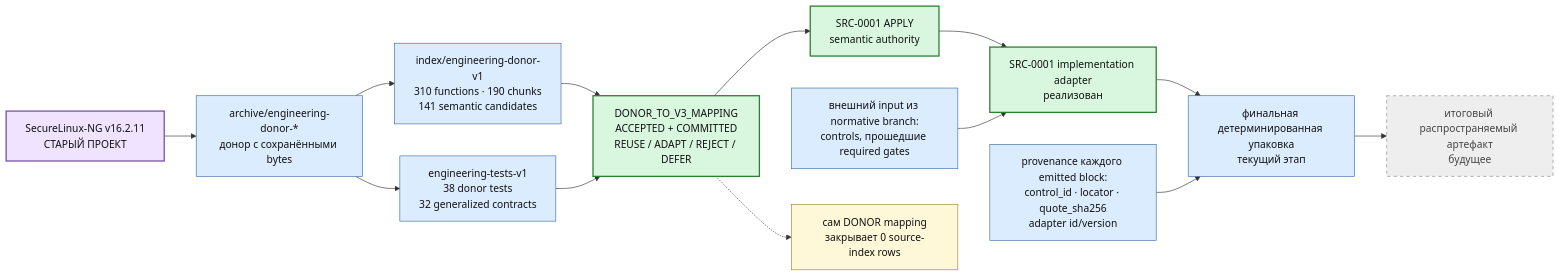
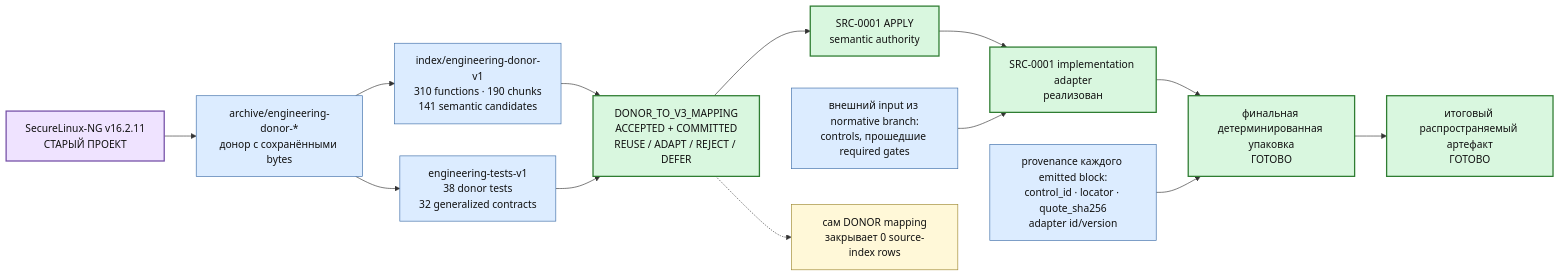
Before and after one commit to rasav65/SecureLinux-Policy: the fourth of 6 diagrams in docs/PROJECT-MAP-v3.md, drawn with Mermaid. The commit also changed other lines of this file and 24 other files, not shown here.

````diff
--- a/docs/PROJECT-MAP-v3.md
+++ b/docs/PROJECT-MAP-v3.md
@@ -243,37 +243,38 @@
 ```mermaid
 flowchart LR
     OLD["SecureLinux-NG v16.2.11<br/>СТАРЫЙ ПРОЕКТ"]:::donor
 
     ARCHIVE["archive/engineering-donor-*<br/>донор с сохранёнными bytes"]:::component
     DONOR_INDEX["index/engineering-donor-v1<br/>310 functions · 190 chunks<br/>141 semantic candidates"]:::component
     DONOR_TESTS["engineering-tests-v1<br/>38 donor tests<br/>32 generalized contracts"]:::component
 
     MAP["DONOR_TO_V3_MAPPING<br/>ACCEPTED + COMMITTED<br/>REUSE / ADAPT / REJECT / DEFER"]:::closed
     APPLY["SRC-0001 APPLY<br/>semantic authority"]:::closed
     ADAPTERS["SRC-0001 implementation adapter<br/>реализован"]:::closed
-    BUILD["финальная детерминированная упаковка<br/>текущий этап"]:::component
-    SCRIPT["итоговый распространяемый артефакт<br/>будущее"]:::future
+    BUILD["финальная детерминированная упаковка<br/>ГОТОВО"]:::closed
+    SCRIPT["итоговый распространяемый артефакт<br/>ГОТОВО"]:::closed
 
     OLD --> ARCHIVE
     ARCHIVE --> DONOR_INDEX
     ARCHIVE --> DONOR_TESTS
     DONOR_INDEX --> MAP
     DONOR_TESTS --> MAP
 
     MAP --> APPLY --> ADAPTERS --> BUILD --> SCRIPT
 
     NORMIN["внешний input из normative branch:<br/>controls, прошедшие required gates"]:::component
     NORMIN --> ADAPTERS
 
     PROVOUT["provenance каждого emitted block:<br/>control_id · locator · quote_sha256<br/>adapter id/version"]:::component
     PROVOUT --> BUILD
 
     ZERO["сам DONOR mapping<br/>закрывает 0 source-index rows"]:::note
     MAP -.-> ZERO
 
     classDef donor fill:#efe3ff,stroke:#7651a8,color:#111,stroke-width:2px;
     classDef closed fill:#d9f7df,stroke:#2f7d32,color:#111,stroke-width:2px;
     classDef component fill:#dcecff,stroke:#3e6ea8,color:#111;
+    classDef current fill:#ffe2a8,stroke:#c77800,color:#111,stroke-width:4px;
     classDef future fill:#eeeeee,stroke:#888,color:#444,stroke-dasharray: 5 5;
     classDef note fill:#fff8d8,stroke:#9d8730,color:#111;
 ```
````
